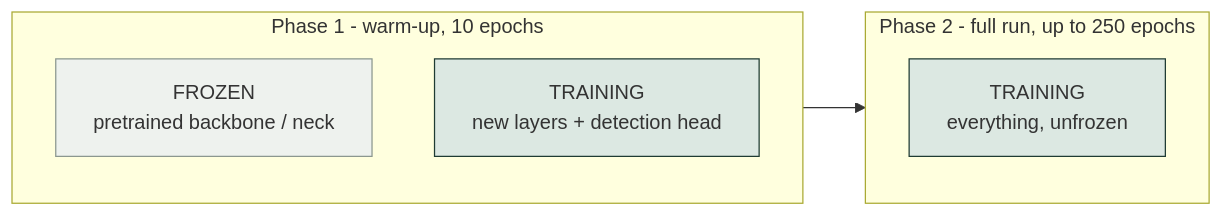
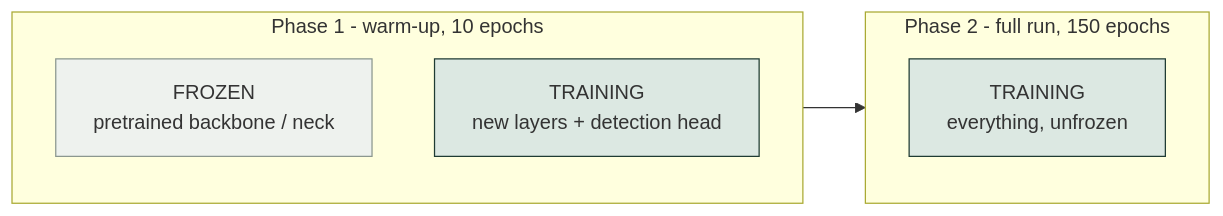
Before and after one commit to Shrey-Parekh/Ewaste: the third of 7 diagrams in docs/architecture-changes.md, drawn with Mermaid. The commit also changed other lines of this file and 2 other files, not shown here.

````diff
--- a/docs/architecture-changes.md
+++ b/docs/architecture-changes.md
@@ -116,16 +116,16 @@
 ```mermaid
 flowchart LR
     subgraph P1["Phase 1 - warm-up, 10 epochs"]
         direction TB
         F["FROZEN<br/>pretrained backbone / neck"]
         T["TRAINING<br/>new layers + detection head"]
     end
-    subgraph P2["Phase 2 - full run, up to 250 epochs"]
+    subgraph P2["Phase 2 - full run, 150 epochs"]
         direction TB
         A["TRAINING<br/>everything, unfrozen"]
     end
     P1 --> P2
     style F fill:#EEF2EE,stroke:#8B978F
     style T fill:#DCE8E2,stroke:#1F3B33
     style A fill:#DCE8E2,stroke:#1F3B33
 ```
````
